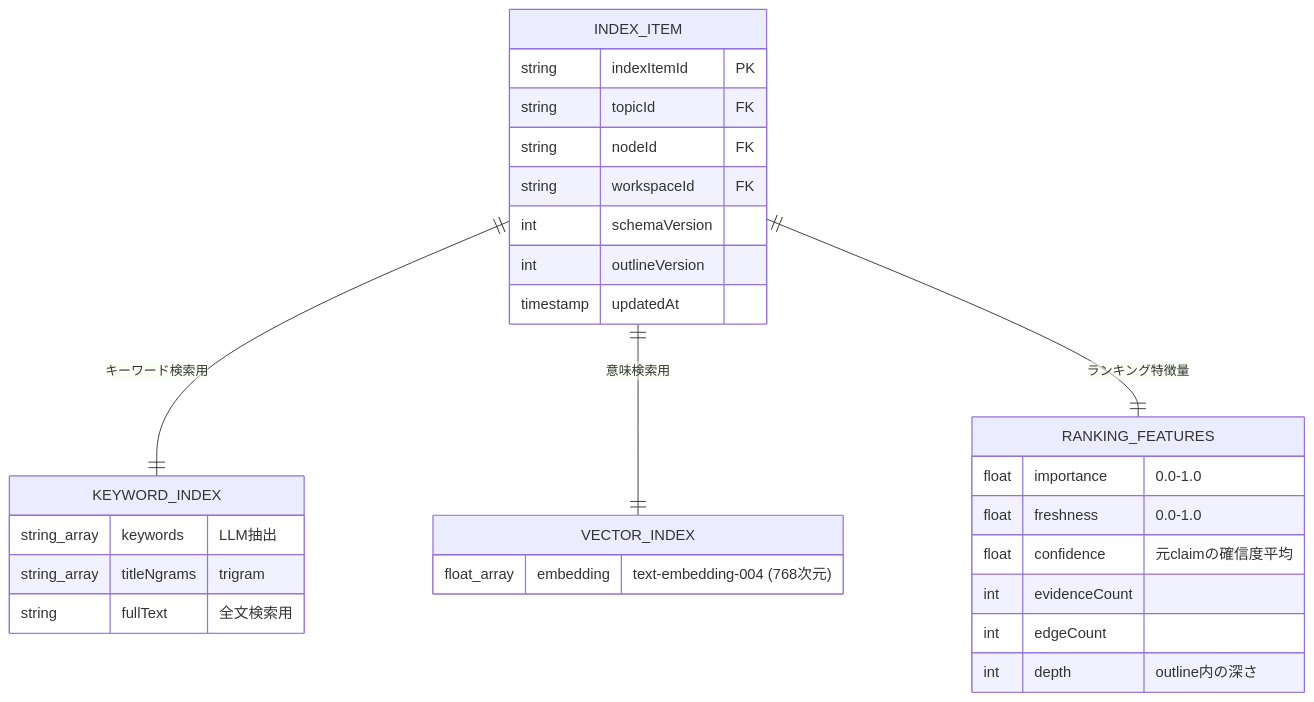
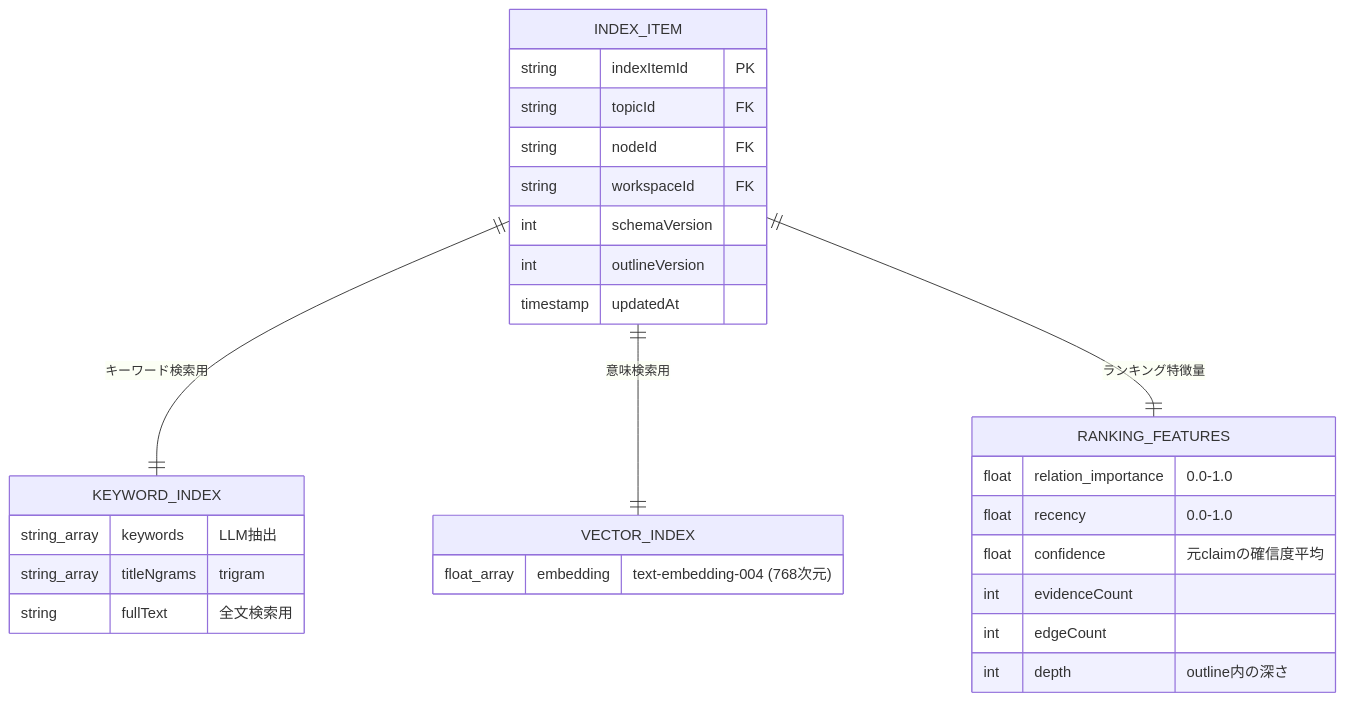
The diagram in organize/agents/a4/README.md (Keyhole-Koro/clarify-spec), drawn with Mermaid before and after one commit. The commit also changed other lines of this file and 23 other files, not shown here.

````diff
--- a/organize/agents/a4/README.md
+++ b/organize/agents/a4/README.md
@@ -20,35 +20,35 @@
 ```mermaid
 erDiagram
   INDEX_ITEM {
     string indexItemId PK
     string topicId FK
     string nodeId FK
     string workspaceId FK
     int schemaVersion
     int outlineVersion
     timestamp updatedAt
   }
 
   INDEX_ITEM ||--|| KEYWORD_INDEX : "キーワード検索用"
   INDEX_ITEM ||--|| VECTOR_INDEX : "意味検索用"
   INDEX_ITEM ||--|| RANKING_FEATURES : "ランキング特徴量"
 
   KEYWORD_INDEX {
     string_array keywords "LLM抽出"
     string_array titleNgrams "trigram"
     string fullText "全文検索用"
   }
 
   VECTOR_INDEX {
     float_array embedding "text-embedding-004 (768次元)"
   }
 
   RANKING_FEATURES {
-    float importance "0.0-1.0"
-    float freshness "0.0-1.0"
+    float relation_importance "0.0-1.0"
+    float recency "0.0-1.0"
     float confidence "元claimの確信度平均"
     int evidenceCount
     int edgeCount
     int depth "outline内の深さ"
   }
 ```
````
